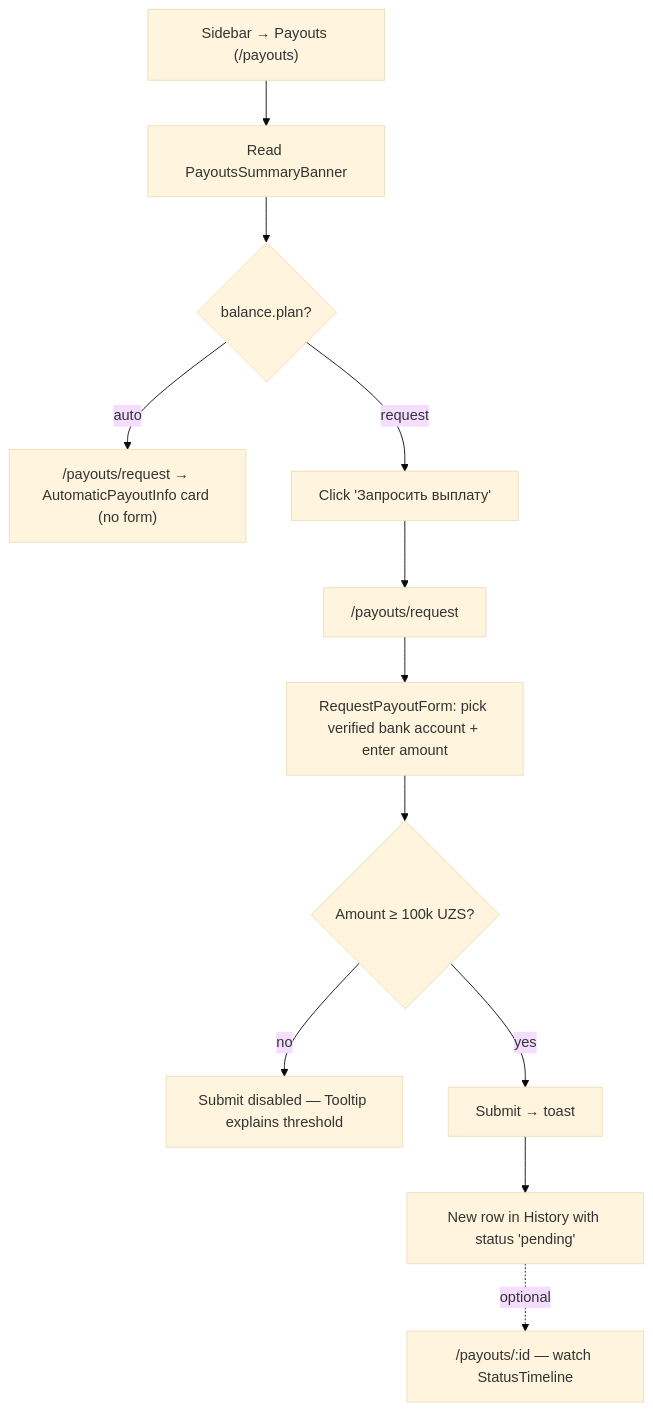
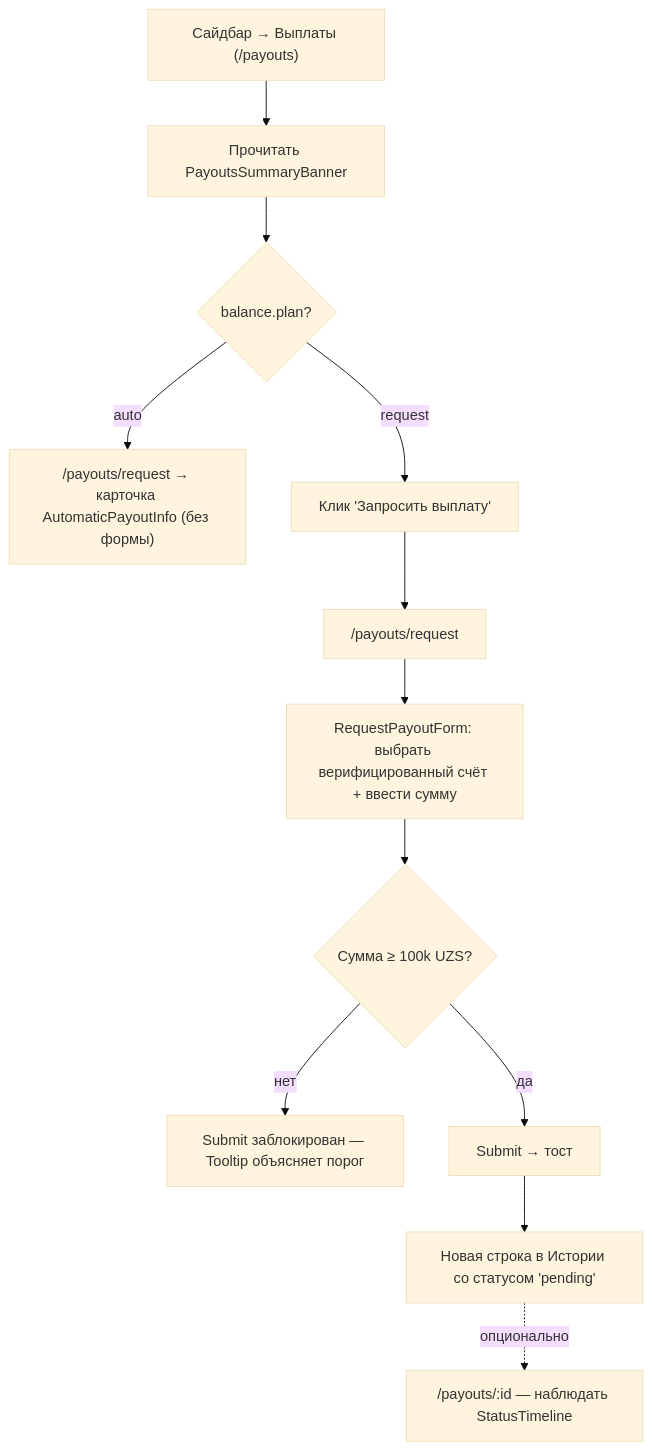
Diagram 11 of 19 in docs/USER_FLOWS_BY_ROLE.md (SardorAllaberganov/unipay-dashboard), drawn with Mermaid (base theme) before and after one commit. The commit also changed other lines of this file and 1 other file, not shown here.

First line of the commit message:
docs: translate IA + role-flow docs to Russian

````diff
--- a/docs/USER_FLOWS_BY_ROLE.md
+++ b/docs/USER_FLOWS_BY_ROLE.md
@@ -407,14 +407,14 @@
 ```mermaid
 flowchart TD
-  A["Sidebar → Payouts (/payouts)"] --> B[Read PayoutsSummaryBanner]
+  A["Сайдбар → Выплаты (/payouts)"] --> B[Прочитать PayoutsSummaryBanner]
   B --> C{balance.plan?}
-  C -->|auto| D["/payouts/request → AutomaticPayoutInfo card (no form)"]
-  C -->|request| E["Click 'Запросить выплату'"]
+  C -->|auto| D["/payouts/request → карточка AutomaticPayoutInfo (без формы)"]
+  C -->|request| E["Клик 'Запросить выплату'"]
   E --> F["/payouts/request"]
-  F --> G["RequestPayoutForm: pick verified bank account + enter amount"]
-  G --> H{"Amount ≥ 100k UZS?"}
-  H -->|no| I["Submit disabled — Tooltip explains threshold"]
-  H -->|yes| J["Submit → toast"]
-  J --> K["New row in History with status 'pending'"]
-  K -.optional.-> L["/payouts/:id — watch StatusTimeline"]
+  F --> G["RequestPayoutForm: выбрать верифицированный счёт + ввести сумму"]
+  G --> H{"Сумма ≥ 100k UZS?"}
+  H -->|нет| I["Submit заблокирован — Tooltip объясняет порог"]
+  H -->|да| J["Submit → тост"]
+  J --> K["Новая строка в Истории со статусом 'pending'"]
+  K -.опционально.-> L["/payouts/:id — наблюдать StatusTimeline"]
 ```
````
